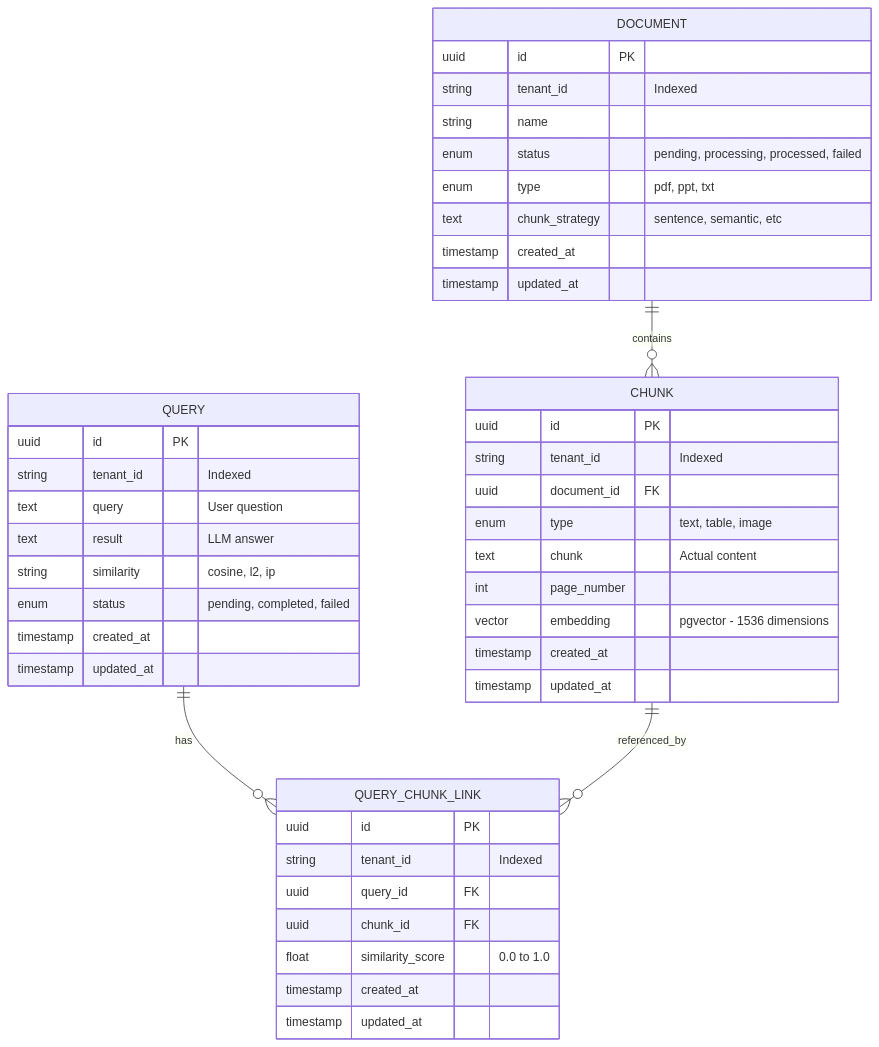
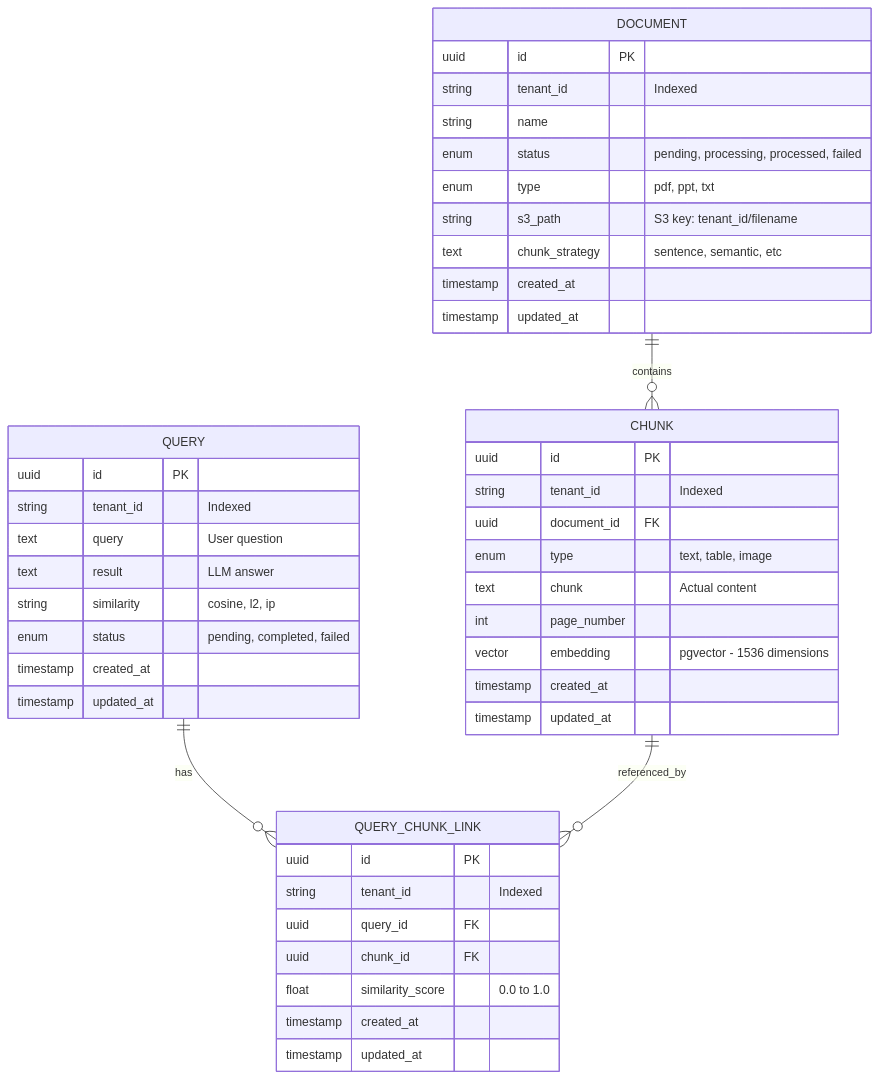
One commit to winnin/gdai changed the second of 4 diagrams in README.md. Above: the diagram before and after it, drawn with Mermaid. The commit also changed other lines of this file and 9 other files, not shown here.

````diff
--- a/README.md
+++ b/README.md
@@ -244,50 +262,51 @@
 ```mermaid
 erDiagram
     DOCUMENT ||--o{ CHUNK : contains
     QUERY ||--o{ QUERY_CHUNK_LINK : has
     CHUNK ||--o{ QUERY_CHUNK_LINK : referenced_by
 
     DOCUMENT {
         uuid id PK
         string tenant_id "Indexed"
         string name
         enum status "pending, processing, processed, failed"
         enum type "pdf, ppt, txt"
+        string s3_path "S3 key: tenant_id/filename"
         text chunk_strategy "sentence, semantic, etc"
         timestamp created_at
         timestamp updated_at
     }
 
     CHUNK {
         uuid id PK
         string tenant_id "Indexed"
         uuid document_id FK
         enum type "text, table, image"
         text chunk "Actual content"
         int page_number
         vector embedding "pgvector - 1536 dimensions"
         timestamp created_at
         timestamp updated_at
     }
 
     QUERY {
         uuid id PK
         string tenant_id "Indexed"
         text query "User question"
         text result "LLM answer"
         string similarity "cosine, l2, ip"
         enum status "pending, completed, failed"
         timestamp created_at
         timestamp updated_at
     }
 
     QUERY_CHUNK_LINK {
         uuid id PK
         string tenant_id "Indexed"
         uuid query_id FK
         uuid chunk_id FK
         float similarity_score "0.0 to 1.0"
         timestamp created_at
         timestamp updated_at
     }
 ```
````
